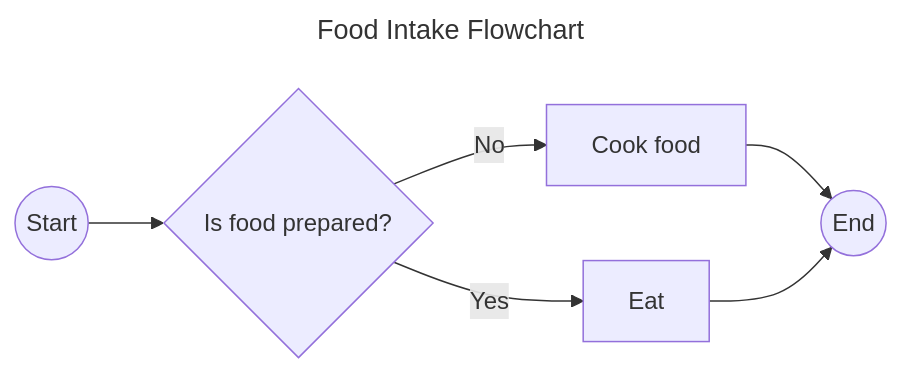
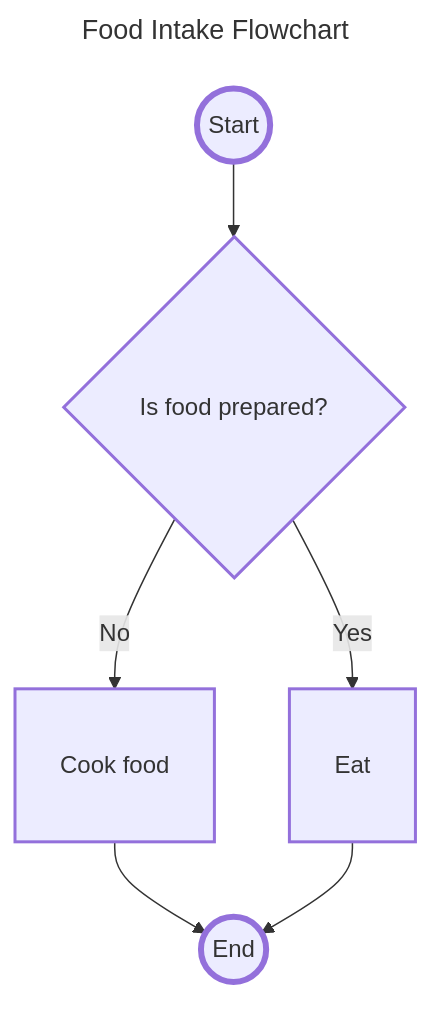
Before and after one commit to jmadoremos/amaoed-cpp-demo: the first of 5 diagrams in src/week02/Discussion.md, drawn with Mermaid. The commit also changed other lines of this file, not shown here.

Commit message:
Update diagram structure

````diff
--- a/src/week02/Discussion.md
+++ b/src/week02/Discussion.md
@@ -11,15 +11,21 @@
 ```mermaid
 ---
 title: Food Intake Flowchart
 ---
-flowchart LR
-  start1(( Start ))
+flowchart TD
+  %% Node definition:
+  start1((Start)):::terminal
   food_prepared{Is food prepared?}
   cook_food[Cook food]
   eat[Eat]
-  end1(( End ))
+  end1((End)):::terminal
 
+  %% Flow definition:
   start1 --> food_prepared
   food_prepared -->|No| cook_food --> end1
   food_prepared -->|Yes| eat --> end1
+
+  %% Class definition:
+  classDef default padding:10px,stroke-width:2px
+  classDef terminal stroke-width:4px,padding:20px
 ```
````
